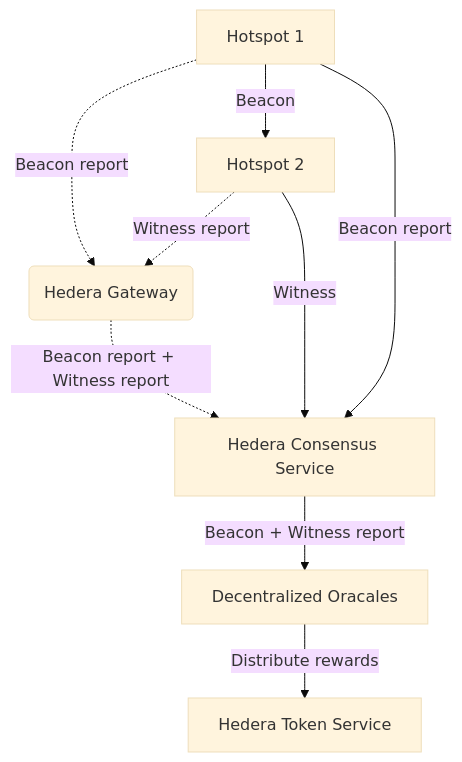
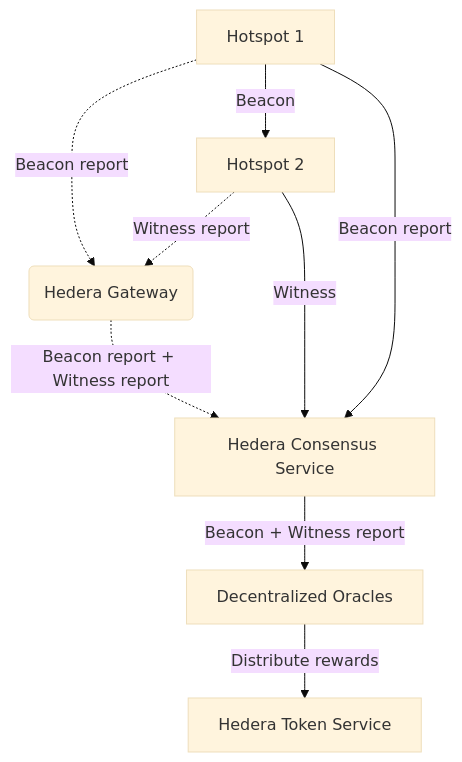
The first of 2 diagrams in 0071-scaling-helium-transparently.md (helium/HIP), drawn with Mermaid (base theme) before and after one commit.

Commit message:
Update 0071-scaling-helium-transparently.md
New PoC data reporting diagram - correct "Decentralized Oracales"

````diff
--- a/0071-scaling-helium-transparently.md
+++ b/0071-scaling-helium-transparently.md
@@ -104,11 +104,11 @@
 ```mermaid
 flowchart TB
     A[Hotspot 1] -.->|Beacon report| B(Hedera Gateway)
     A --> |Beacon|G
     G[Hotspot 2] -.->|Witness report| B
     G[Hotspot 2] -->|Witness|C(Hedera Consensus Service)
     A --> |Beacon report| C(Hedera Consensus Service)
     B -.->|Beacon report + Witness report| C[Hedera Consensus Service]
-    C -->|Beacon + Witness report| E[Decentralized Oracales]
+    C -->|Beacon + Witness report| E[Decentralized Oracles]
     E -->|Distribute rewards| F[Hedera Token Service]
 ```
````
